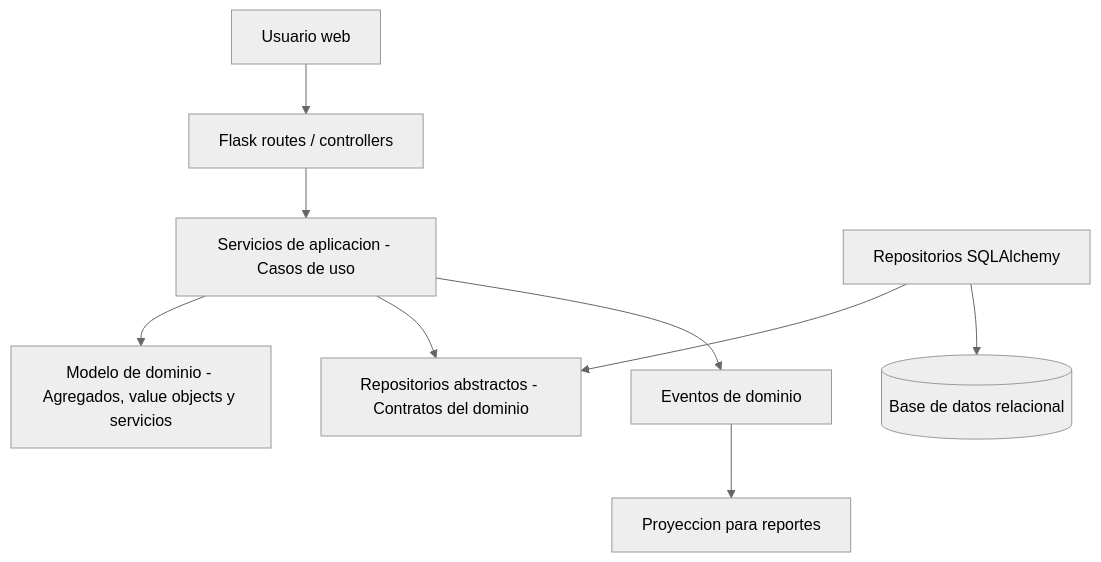
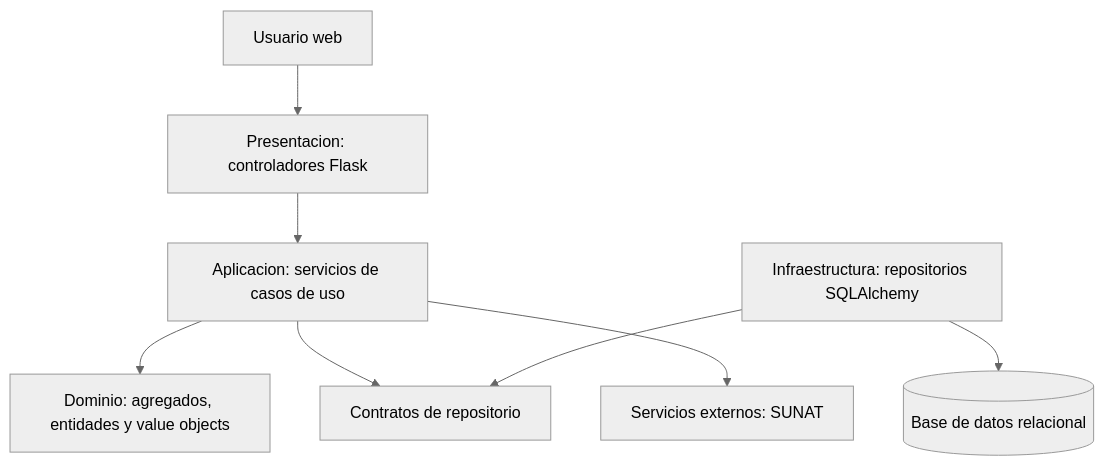
One commit to javierRock/SoftwareTextil changed the diagram in README.md. Above: the diagram before and after it, drawn with Mermaid (neutral theme). The commit also changed other lines of this file and 149 other files, not shown here.

````diff
--- a/README.md
+++ b/README.md
@@ -374,11 +40,10 @@
 ```mermaid
 flowchart TD
-    UsuarioWeb["Usuario web"] --> Flask["Flask routes / controllers"]
-    Flask --> AppServices["Servicios de aplicacion - Casos de uso"]
-    AppServices --> DomainModel["Modelo de dominio - Agregados, value objects y servicios"]
-    AppServices --> Ports["Repositorios abstractos - Contratos del dominio"]
-    SQLA["Repositorios SQLAlchemy"] --> Ports
-    SQLA --> DB[("Base de datos relacional")]
-    AppServices --> Events["Eventos de dominio"]
-    Events --> Reports["Proyeccion para reportes"]
+    Web["Usuario web"] --> Controllers["Presentacion: controladores Flask"]
+    Controllers --> Services["Aplicacion: servicios de casos de uso"]
+    Services --> Domain["Dominio: agregados, entidades y value objects"]
+    Services --> Ports["Contratos de repositorio"]
+    Repositories["Infraestructura: repositorios SQLAlchemy"] --> Ports
+    Repositories --> DB[("Base de datos relacional")]
+    Services --> External["Servicios externos: SUNAT"]
 ```
````
